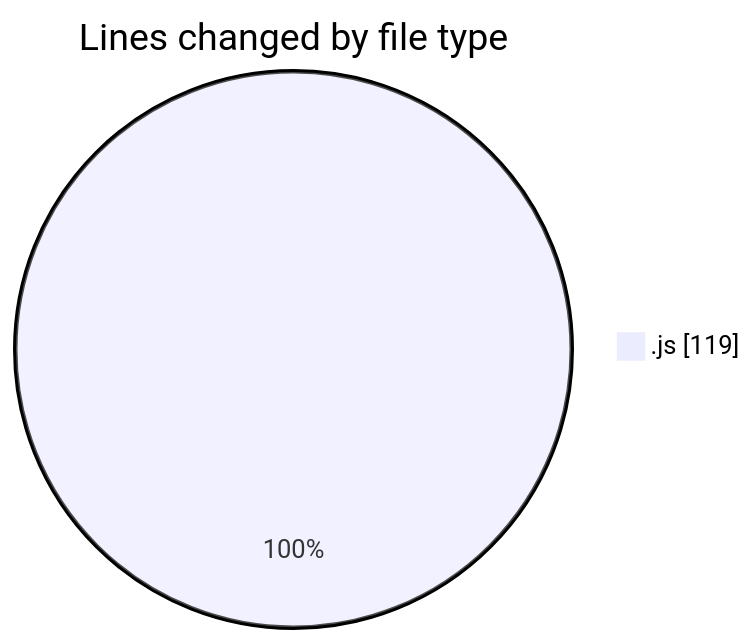
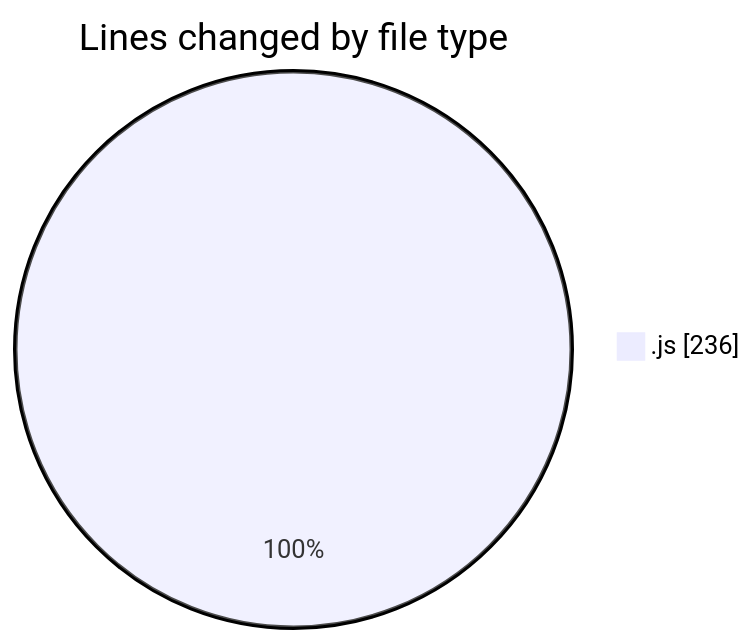
The first of 2 diagrams in 2026-02-02/cda/README.md (momahboobian/code-tracking), drawn with Mermaid before and after one commit. The commit also changed other lines of this file and 1 other file, not shown here.

````diff
--- a/2026-02-02/cda/README.md
+++ b/2026-02-02/cda/README.md
@@ -20,5 +21,5 @@
 ```mermaid
 pie showData
 title Lines changed by file type
-".js" : 119
+".js" : 236
 ```
````
